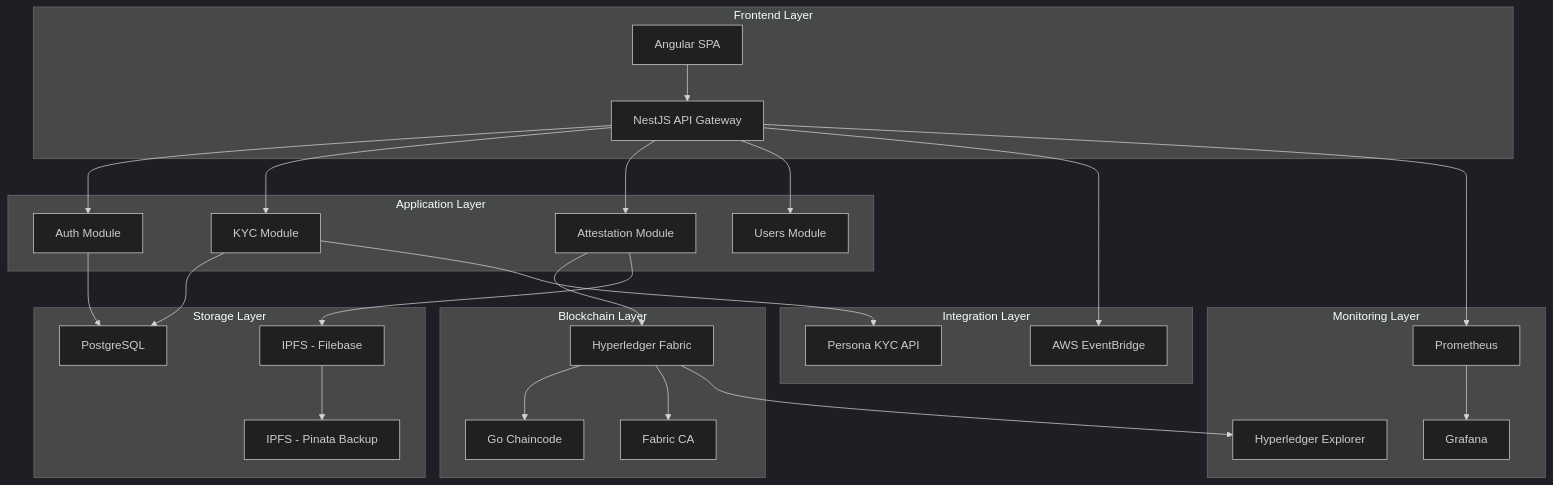
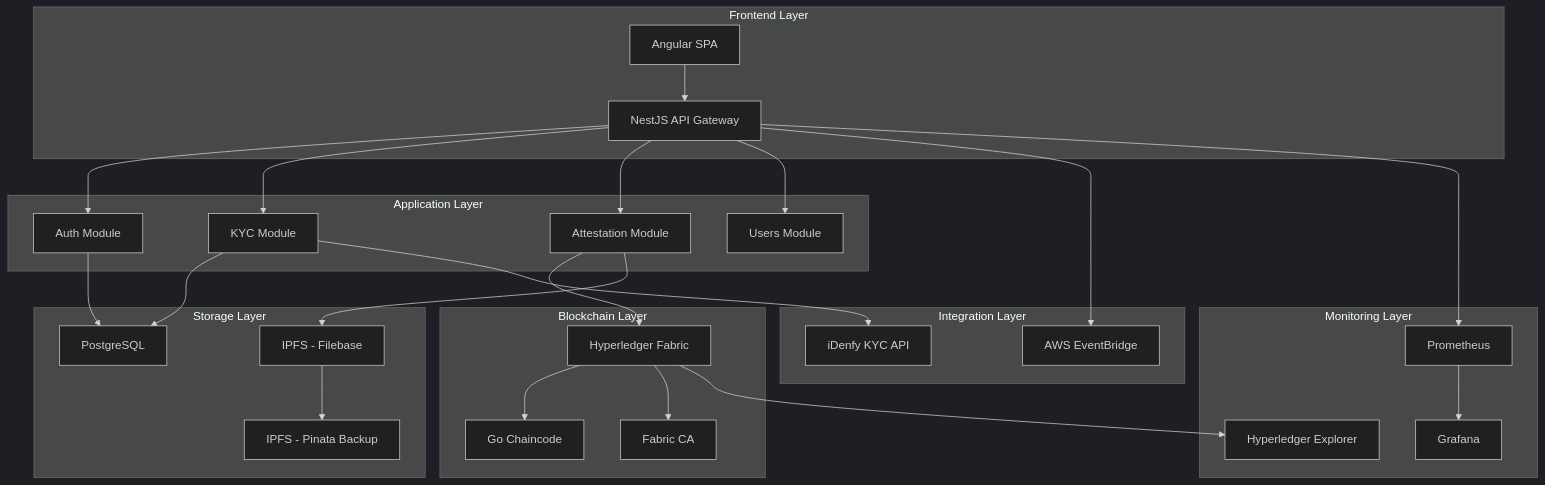
Before and after one commit to radmation/kyc-attestation-platform: the diagram in docs/TECHNICAL_SPECIFICATIONS.md, drawn with Mermaid (dark theme). The commit also changed 13 other files, not shown here.

First line of the commit message:
refactor: Replace all Persona references with iDenfy throughout documentation and task files

````diff
--- a/docs/TECHNICAL_SPECIFICATIONS.md
+++ b/docs/TECHNICAL_SPECIFICATIONS.md
@@ -7,37 +7,37 @@
 ```mermaid
 graph TB
     subgraph "Frontend Layer"
         A[Angular SPA] --> B[NestJS API Gateway]
     end
     
     subgraph "Application Layer"
         B --> C[Auth Module]
         B --> D[KYC Module]
         B --> E[Attestation Module]
         B --> F[Users Module]
     end
     
     subgraph "Blockchain Layer"
         E --> G[Hyperledger Fabric]
         G --> H[Go Chaincode]
         G --> I[Fabric CA]
     end
     
     subgraph "Storage Layer"
         C --> J[PostgreSQL]
         D --> J
         E --> K[IPFS - Filebase]
         K --> L[IPFS - Pinata Backup]
     end
     
     subgraph "Integration Layer"
-        D --> M[Persona KYC API]
+        D --> M[iDenfy KYC API]
         B --> N[AWS EventBridge]
     end
     
     subgraph "Monitoring Layer"
         G --> O[Hyperledger Explorer]
         B --> P[Prometheus]
         P --> Q[Grafana]
     end
 ```
````
